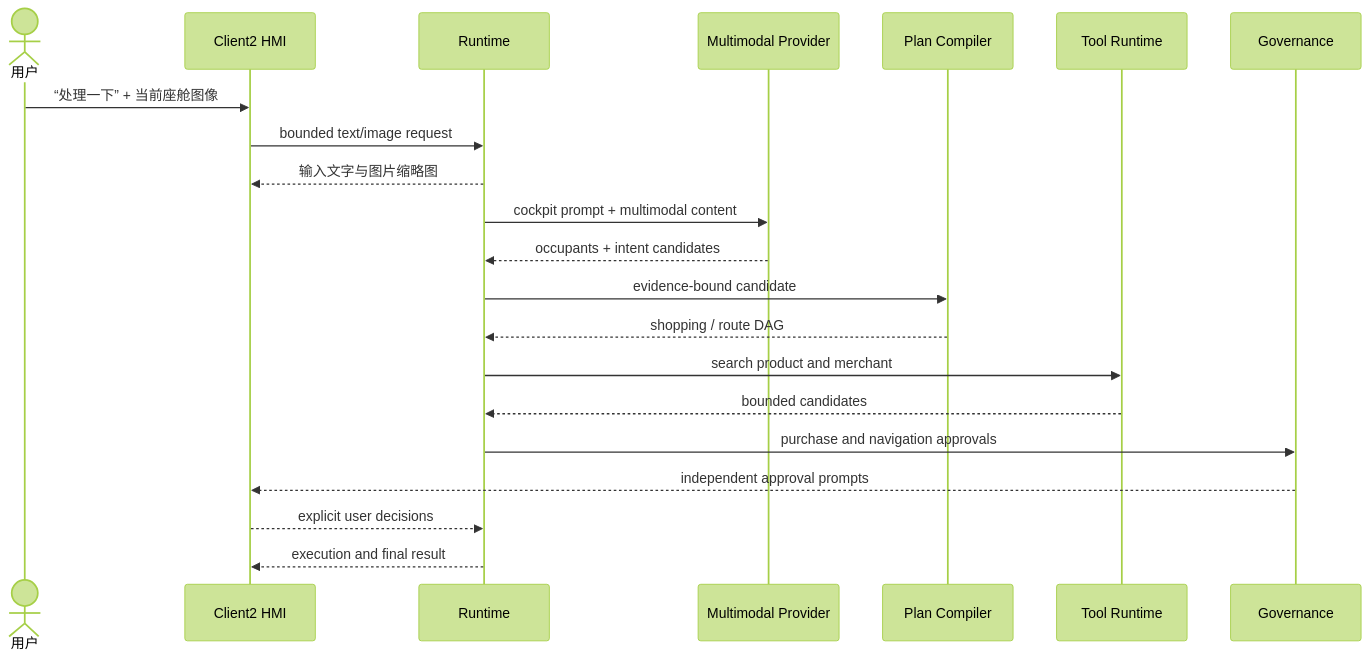
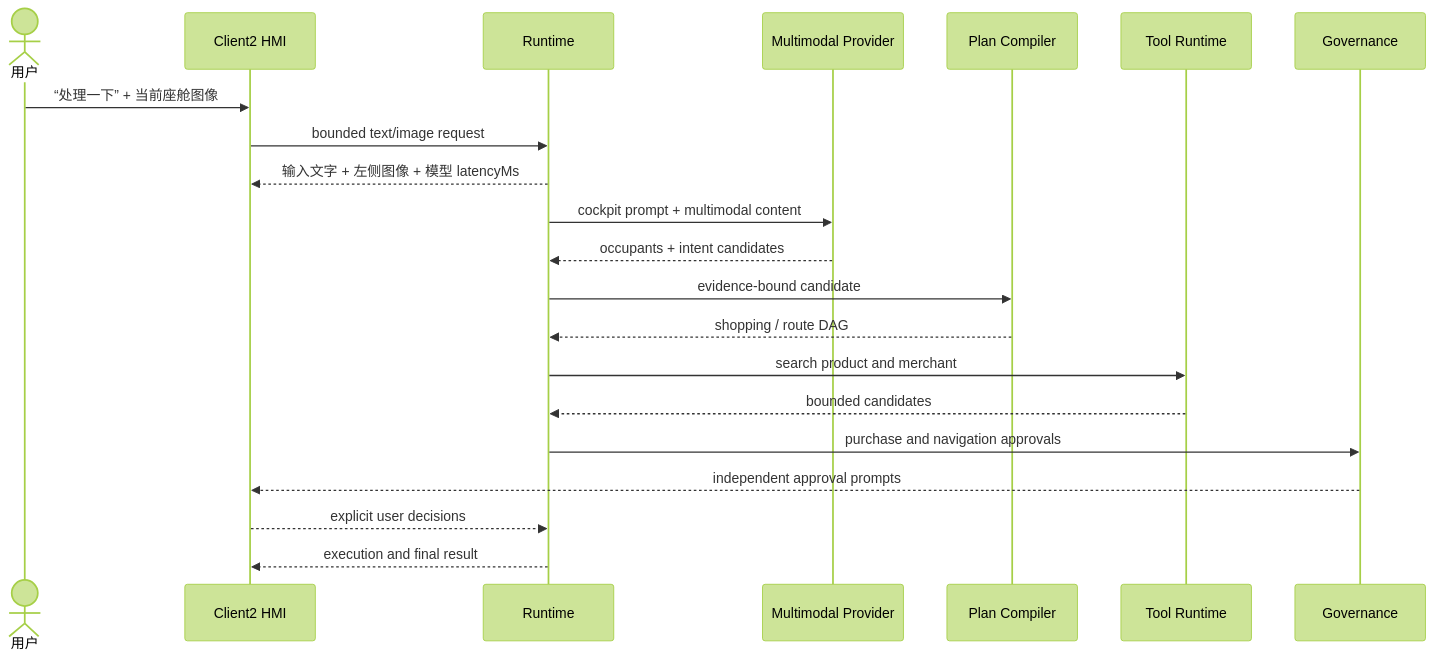
One commit to LucasWEIchen/CougarOS changed diagram 12 of 20 in docs/CENTRAL_BRAIN_SOFTWARE_ARCHITECTURE.md. Above: the diagram before and after it, drawn with Mermaid (forest theme). The commit also changed other lines of this file and 25 other files, not shown here.

````diff
--- a/docs/CENTRAL_BRAIN_SOFTWARE_ARCHITECTURE.md
+++ b/docs/CENTRAL_BRAIN_SOFTWARE_ARCHITECTURE.md
@@ -435,24 +437,24 @@
 ```mermaid
 sequenceDiagram
     actor User as 用户
     participant H as Client2 HMI
     participant R as Runtime
     participant M as Multimodal Provider
     participant P as Plan Compiler
     participant T as Tool Runtime
     participant G as Governance
 
     User->>H: “处理一下” + 当前座舱图像
     H->>R: bounded text/image request
-    R-->>H: 输入文字与图片缩略图
+    R-->>H: 输入文字 + 左侧图像 + 模型 latencyMs
     R->>M: cockpit prompt + multimodal content
     M-->>R: occupants + intent candidates
     R->>P: evidence-bound candidate
     P-->>R: shopping / route DAG
     R->>T: search product and merchant
     T-->>R: bounded candidates
     R->>G: purchase and navigation approvals
     G-->>H: independent approval prompts
     H-->>R: explicit user decisions
     R-->>H: execution and final result
 ```
````
